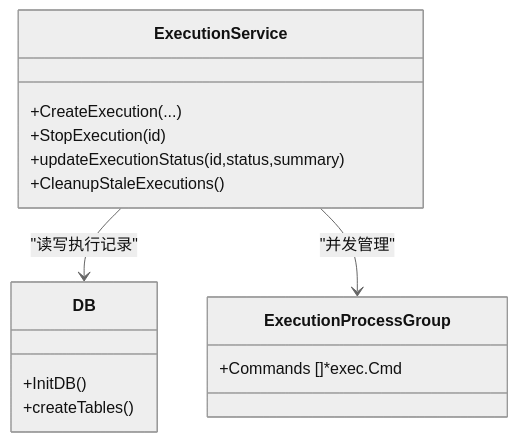
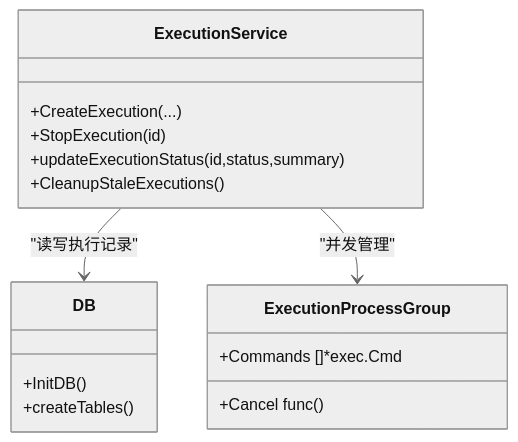
The fourth of 6 diagrams in .qoder/repowiki/zh/content/核心业务模块/执行管理系统/执行流程控制.md (Liyuhao02/Jmeter-Admin), drawn with Mermaid (neutral theme) before and after one commit. The commit also changed other lines of this file and 34 other files, not shown here.

````diff
--- a/.qoder/repowiki/zh/content/核心业务模块/执行管理系统/执行流程控制.md
+++ b/.qoder/repowiki/zh/content/核心业务模块/执行管理系统/执行流程控制.md
@@ -215,18 +272,19 @@
 ```mermaid
 classDiagram
 class ExecutionProcessGroup {
 +Commands []*exec.Cmd
++Cancel func()
 }
 class ExecutionService {
 +CreateExecution(...)
 +StopExecution(id)
 +updateExecutionStatus(id,status,summary)
 +CleanupStaleExecutions()
 }
 class DB {
 +InitDB()
 +createTables()
 }
 ExecutionService --> DB : "读写执行记录"
 ExecutionService --> ExecutionProcessGroup : "并发管理"
 ```
````
